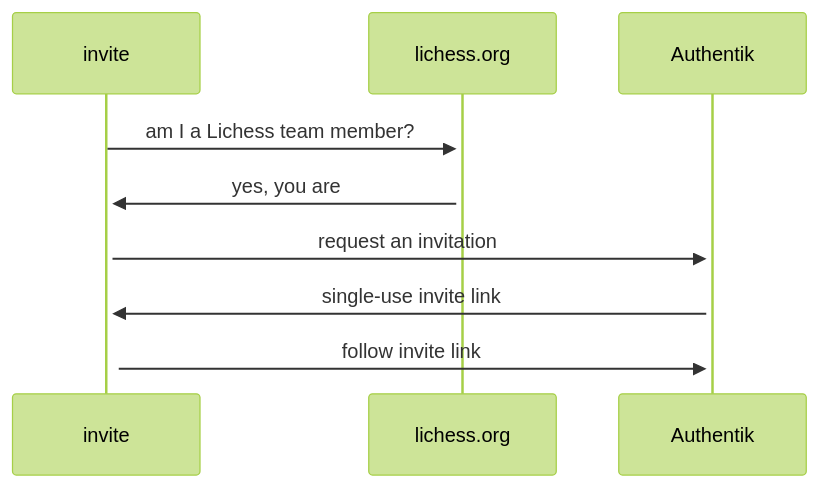
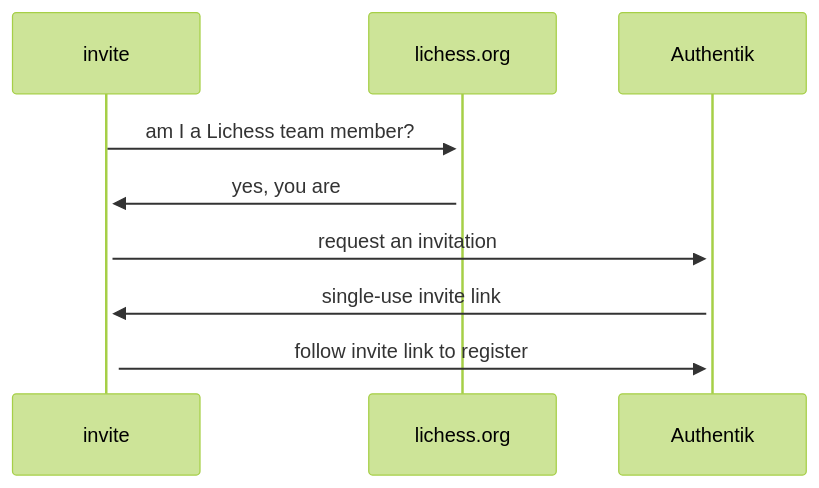
One commit to lichess-org/team changed the diagram in README.md. Above: the diagram before and after it, drawn with Mermaid (forest theme).

Commit message:
readme diagram tweak

````diff
--- a/README.md
+++ b/README.md
@@ -1,8 +1,8 @@
 ```mermaid
 sequenceDiagram
     invite->>+lichess.org: am I a Lichess team member?
     lichess.org->>+invite: yes, you are
     invite->>+Authentik: request an invitation
     Authentik->>+invite: single-use invite link
-    invite->>+Authentik: follow invite link
+    invite->>+Authentik: follow invite link to register
 ```
````
